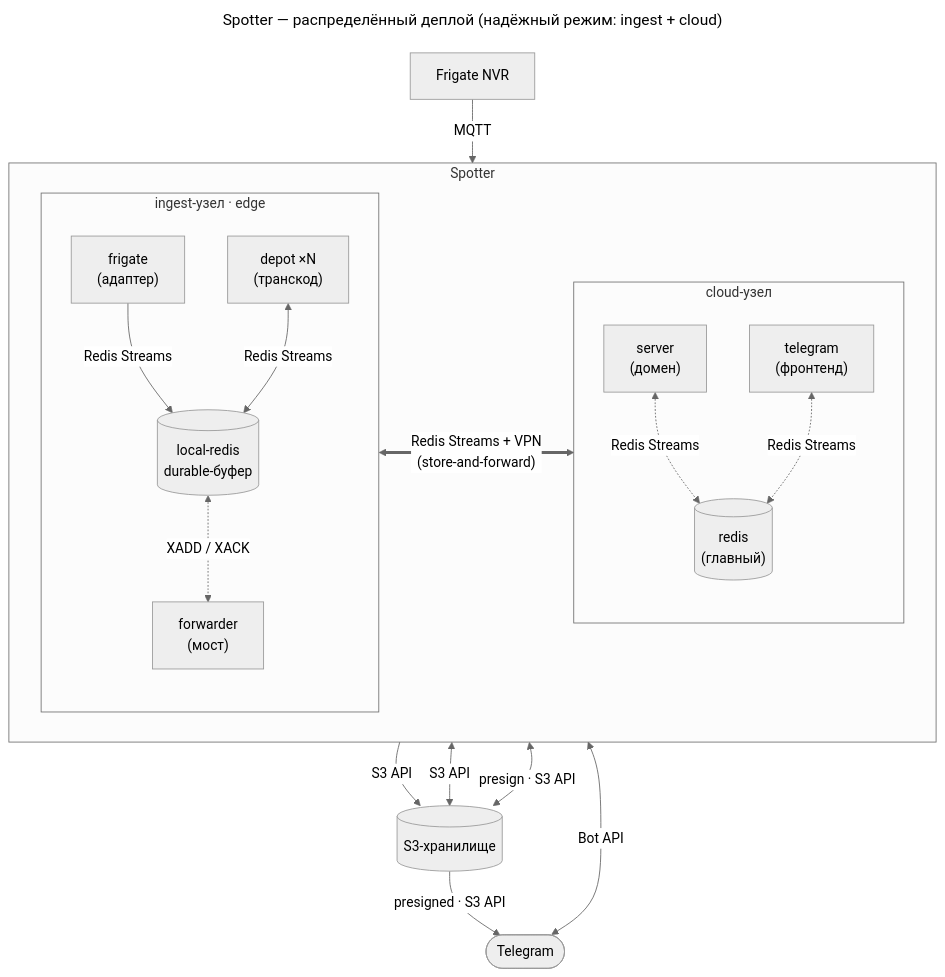
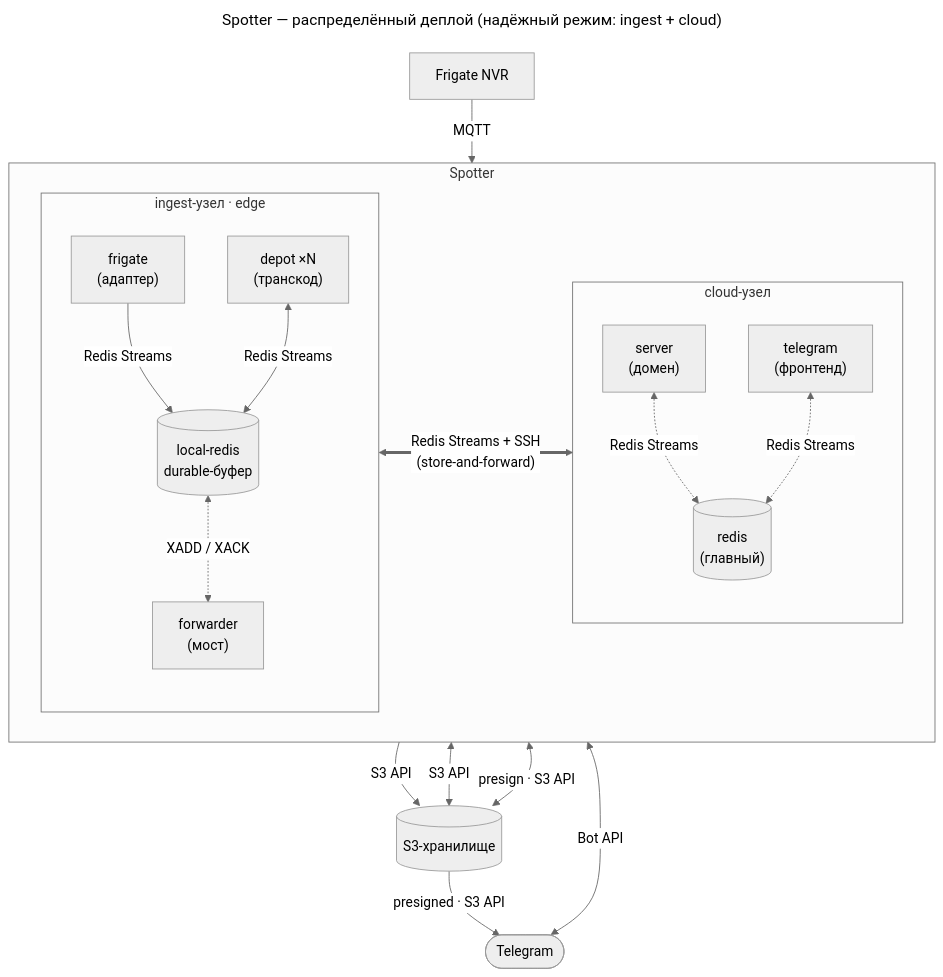
The second of 2 diagrams in README.md (MkSavin/spotter), drawn with Mermaid (neutral theme) before and after one commit. The commit also changed other lines of this file and 21 other files, not shown here.

````diff
--- a/README.md
+++ b/README.md
@@ -65,43 +65,43 @@
 ```mermaid
 ---
 title: "Spotter — распределённый деплой (надёжный режим: ingest + cloud)"
 ---
 flowchart TB
     Frigate["Frigate NVR"]
     TG(["Telegram"])
     S3[("S3-хранилище")]
 
     subgraph app["Spotter"]
         direction LR
         subgraph ingest["ingest-узел · edge"]
             direction TB
             frigate["frigate<br/>(адаптер)"]
             depot["depot ×N<br/>(транскод)"]
             lredis[("local-redis<br/>durable-буфер")]
             forwarder["forwarder<br/>(мост)"]
         end
         subgraph cloud["cloud-узел"]
             direction TB
             rredis[("redis<br/>(главный)")]
             server["server<br/>(домен)"]
             telegram["telegram<br/>(фронтенд)"]
         end
     end
 
     Frigate -- "MQTT" --> frigate
     TG <-- "Bot API" --> telegram
 
     frigate -- "Redis Streams" --> lredis
     server <-. "Redis Streams" .-> rredis
     depot <-- "Redis Streams" --> lredis
     lredis <-. "XADD / XACK" .-> forwarder
-    forwarder <== "Redis Streams + VPN<br/>(store-and-forward)" ==> rredis
+    forwarder <== "Redis Streams + SSH<br/>(store-and-forward)" ==> rredis
     telegram <-. "Redis Streams" .-> rredis
 
     frigate -- "S3 API" --> S3
     depot <-- "S3 API" --> S3
     telegram <-- "presign · S3 API" --> S3
     S3 -- "presigned · S3 API" --> TG
 
     class Frigate,TG,S3 ext
 ```
````
